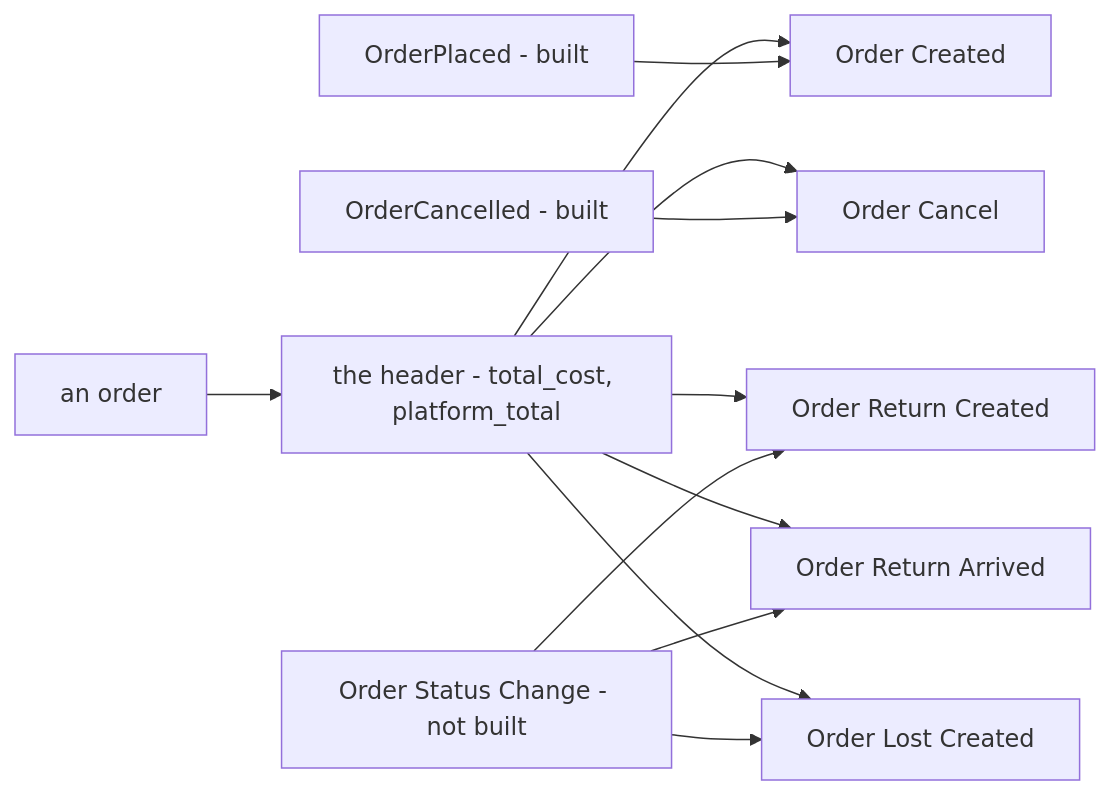
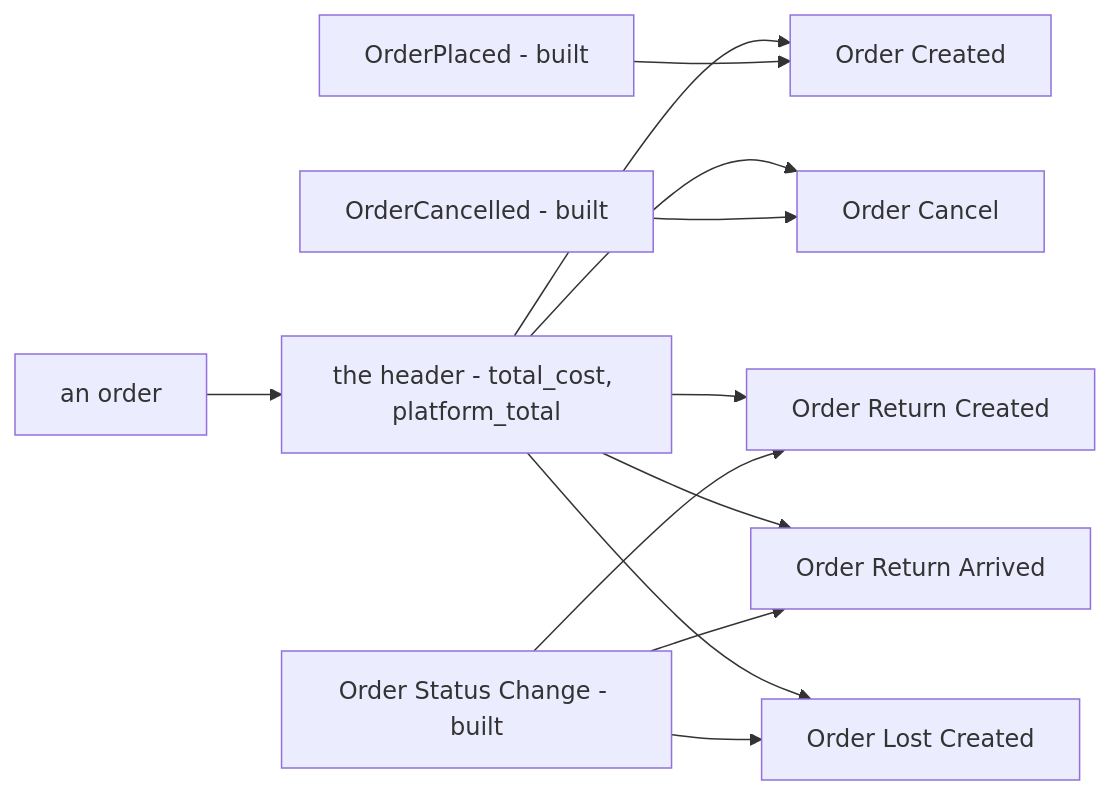
One commit to pdcgo/warehouse_revamp changed the third of 4 diagrams in docs/business/order/order_statistic_metric_clarify.md. Above: the diagram before and after it, drawn with Mermaid. The commit also changed other lines of this file and 34 other files, not shown here.

First line of the commit message:
feat(order): the five order metrics — the status event, the fold and OrderAnalyticService

````diff
--- a/docs/business/order/order_statistic_metric_clarify.md
+++ b/docs/business/order/order_statistic_metric_clarify.md
@@ -99,14 +123,14 @@
 ```mermaid
 flowchart LR
   ord["an order"] --> head["the header - total_cost, platform_total"]
   head --> m1["Order Created"]
   head --> m2["Order Cancel"]
   head --> m3["Order Return Created"]
   head --> m4["Order Return Arrived"]
   head --> m5["Order Lost Created"]
   ev1["OrderPlaced - built"] --> m1
   ev2["OrderCancelled - built"] --> m2
-  ev3["Order Status Change - not built"] --> m3
+  ev3["Order Status Change - built"] --> m3
   ev3 --> m4
   ev3 --> m5
 ```
````
